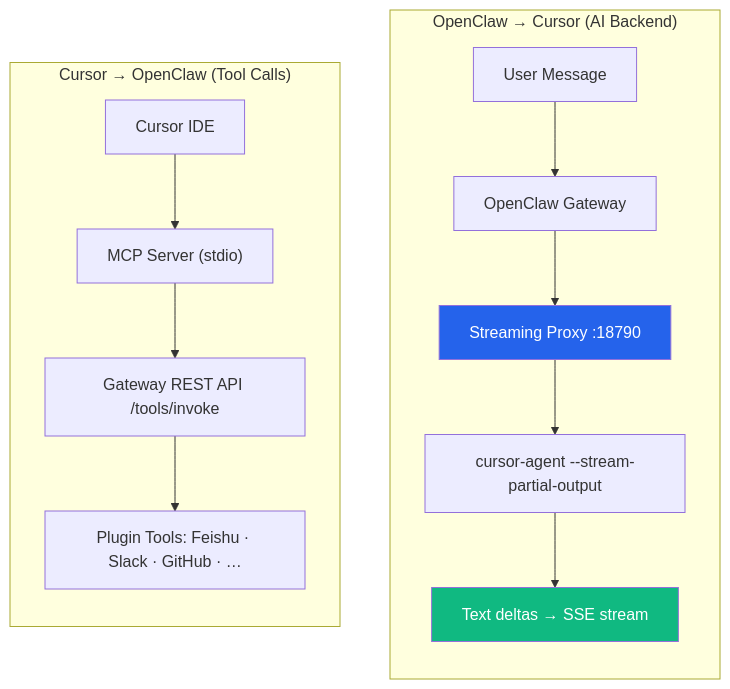
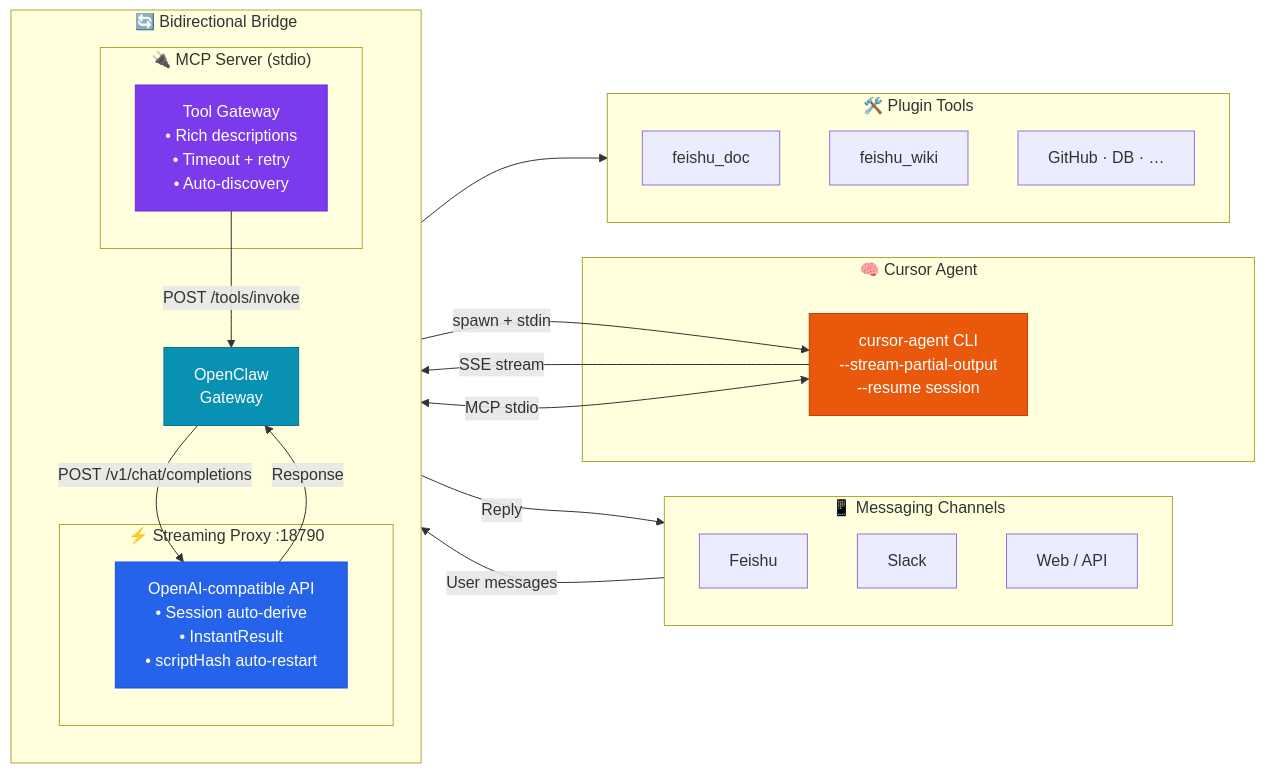
Before and after one commit to andeya/openclaw-cursor-bridge: the diagram in README.md, drawn with Mermaid. The commit also changed other lines of this file and 8 other files, not shown here.

````diff
--- a/README.md
+++ b/README.md
@@ -53,20 +56,49 @@
 ```mermaid
-flowchart TB
-    subgraph path1["OpenClaw → Cursor (AI Backend)"]
+flowchart LR
+    subgraph Channels ["📱 Messaging Channels"]
         direction TB
-        User["User Message"] --> GW["OpenClaw Gateway"]
-        GW --> Proxy["Streaming Proxy :18790"]
-        Proxy --> Agent["cursor-agent --stream-partial-output"]
-        Agent --> SSE["Text deltas → SSE stream"]
+        Feishu["Feishu"]
+        Slack["Slack"]
+        Web["Web / API"]
     end
 
-    subgraph path2["Cursor → OpenClaw (Tool Calls)"]
+    subgraph Core ["🔄 Bidirectional Bridge"]
         direction TB
-        IDE["Cursor IDE"] --> MCP["MCP Server (stdio)"]
-        MCP --> REST["Gateway REST API /tools/invoke"]
-        REST --> Tools["Plugin Tools: Feishu · Slack · GitHub · …"]
+        GW["OpenClaw\nGateway"]
+
+        subgraph ProxyBox ["⚡ Streaming Proxy :18790"]
+            Proxy["OpenAI-compatible API\n• Session auto-derive\n• InstantResult\n• scriptHash auto-restart"]
+        end
+
+        subgraph MCPBox ["🔌 MCP Server (stdio)"]
+            MCP["Tool Gateway\n• Rich descriptions\n• Timeout + retry\n• Auto-discovery"]
+        end
     end
 
-    style Proxy fill:#2563eb,color:#fff
-    style SSE fill:#10b981,color:#fff
+    subgraph AI ["🧠 Cursor Agent"]
+        Agent["cursor-agent CLI\n--stream-partial-output\n--resume session"]
+    end
+
+    subgraph Tools ["🛠️ Plugin Tools"]
+        direction TB
+        T1["feishu_doc"]
+        T2["feishu_wiki"]
+        T3["GitHub · DB · …"]
+    end
+
+    Channels -->|"User messages"| GW
+    GW -->|"POST /v1/chat/completions"| Proxy
+    Proxy -->|"spawn + stdin"| Agent
+    Agent -->|"SSE stream"| Proxy
+    Proxy -->|"Response"| GW
+    GW -->|"Reply"| Channels
+
+    Agent <-->|"MCP stdio"| MCP
+    MCP -->|"POST /tools/invoke"| GW
+    GW --> Tools
+
+    style Proxy fill:#2563eb,color:#fff,stroke:#1d4ed8
+    style MCP fill:#7c3aed,color:#fff,stroke:#6d28d9
+    style Agent fill:#ea580c,color:#fff,stroke:#c2410c
+    style GW fill:#0891b2,color:#fff,stroke:#0e7490
 ```
````
